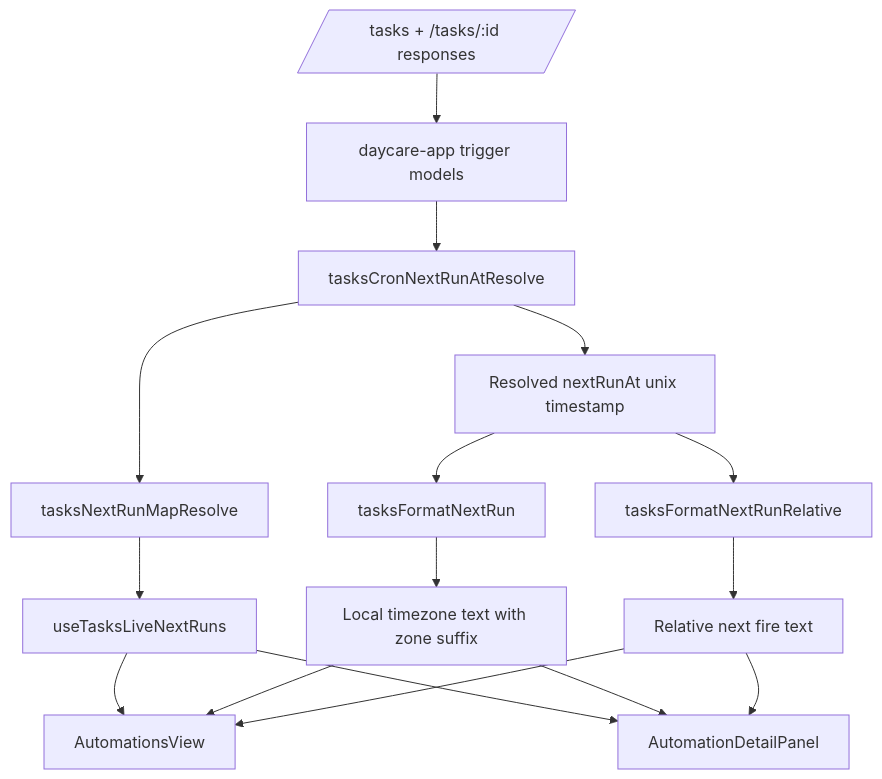
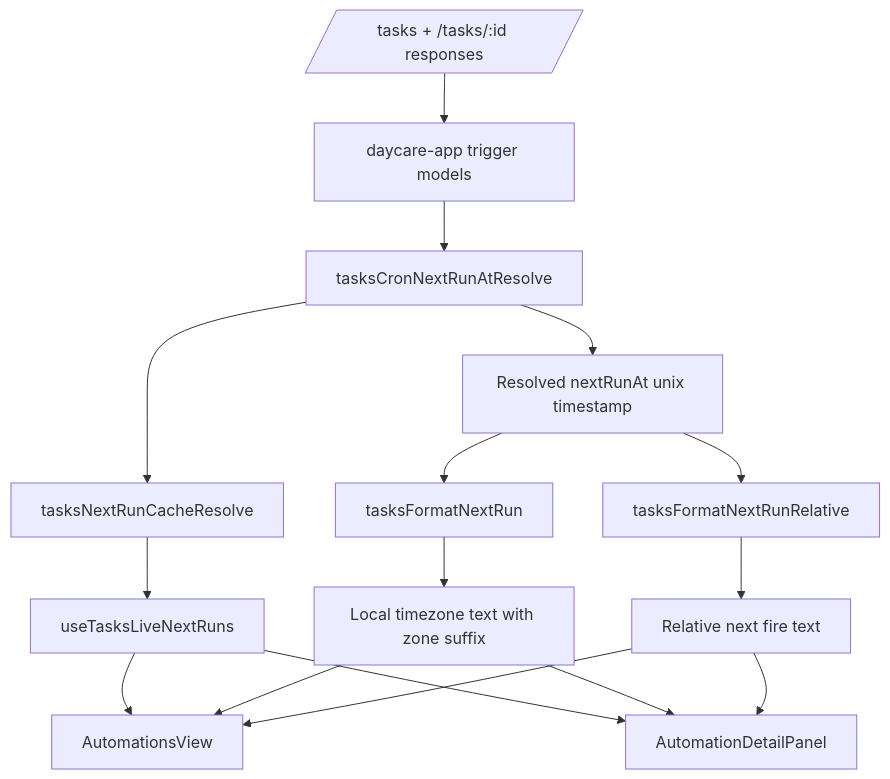
The diagram in doc/app-automation-next-fire-local-time.md (ex3ndr/daycare), drawn with Mermaid before and after one commit. The commit also changed 5 other files, not shown here.

````diff
--- a/doc/app-automation-next-fire-local-time.md
+++ b/doc/app-automation-next-fire-local-time.md
@@ -14,18 +14,18 @@
 ```mermaid
 flowchart TD
     A[/tasks + /tasks/:id responses/] --> B[daycare-app trigger models]
     B --> C[tasksCronNextRunAtResolve]
     C --> D[Resolved nextRunAt unix timestamp]
     D --> E[tasksFormatNextRun]
     D --> F[tasksFormatNextRunRelative]
     E --> G[Local timezone text with zone suffix]
     F --> H[Relative next fire text]
-    C --> K[tasksNextRunMapResolve]
+    C --> K[tasksNextRunCacheResolve]
     K --> L[useTasksLiveNextRuns]
     L --> I[Live list refresh]
     L --> J[Live detail refresh]
     G --> I[AutomationsView]
     G --> J[AutomationDetailPanel]
     H --> I
     H --> J
 ```
````
